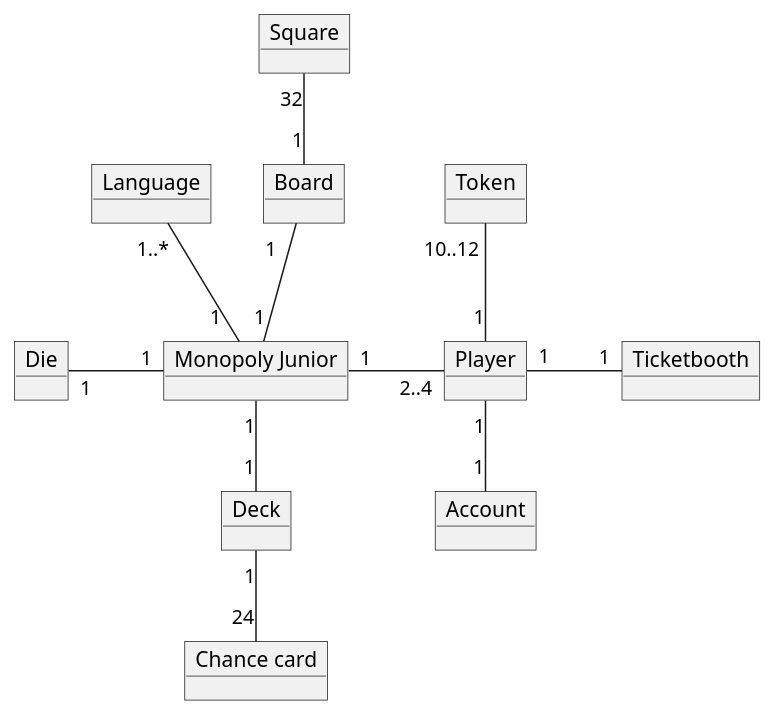
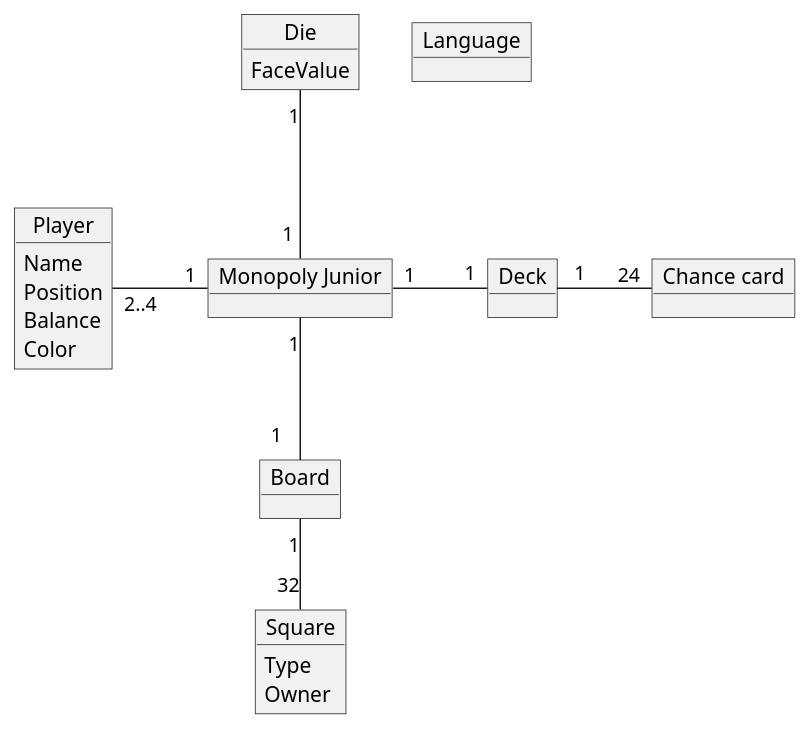
Before and after one commit to Greve2001/CDIO3: the diagram in diagrams/DM_Diagram.puml, drawn with PlantUML.

Commit message:
updated model to correlate with design class diagram

```diff
--- a/diagrams/DM_Diagram.puml
+++ b/diagrams/DM_Diagram.puml
@@ -1,27 +1,29 @@
 @startuml
 'https://plantuml.com/object-diagram
 
 object Deck
-object Ticketbooth
 object Player
 object Die
 object Language
 object "Monopoly Junior" as game
-object Account
 object "Board" as board
 object Square
 object "Chance card" as chance
-object Token
 
-Deck          "1"         -up-        "1"                 game
-Language           "1..*"      --          "1  "               game
-Square            "32"        --          "1"                 board
-board           "1   "      -down-      "1"                 game
-Player         "1"         --          "1"                 Account
-Player         "2..4"      -left-      "1"                 game    : \t
-Player         "1"         -right-     "1"                 Ticketbooth :\t
-Player         "1"         -up-        "10..12"            Token :\t
-Die         "1    "     -right-     "  1"               game    : \t
-chance          "24"        -up-        " 1"                Deck
+Die : FaceValue
+Player : Name
+Player : Position
+Player : Balance
+Player : Color
+
+Square : Type
+Square : Owner
+
+Deck          "1"         -l-   "1"                 game    : \t
+Square         "32"       -u-   "1"                 board
+board          "1   "     -u-   "1"                 game
+Player         "2..4"     -r-   "1"                 game    : \t
+Die            "1"        -d-   "         1"        game    : \t
+chance         "24"       -l-   " 1"                Deck    :\t
 
 @enduml
```
